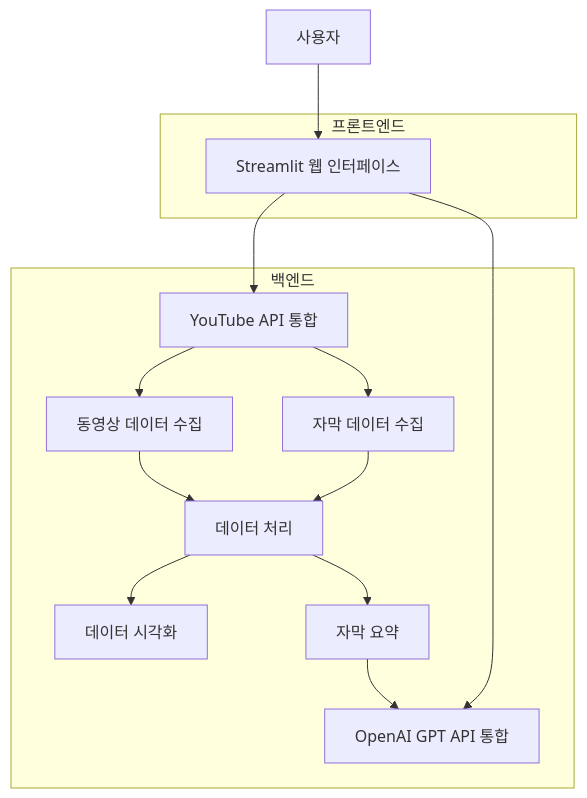
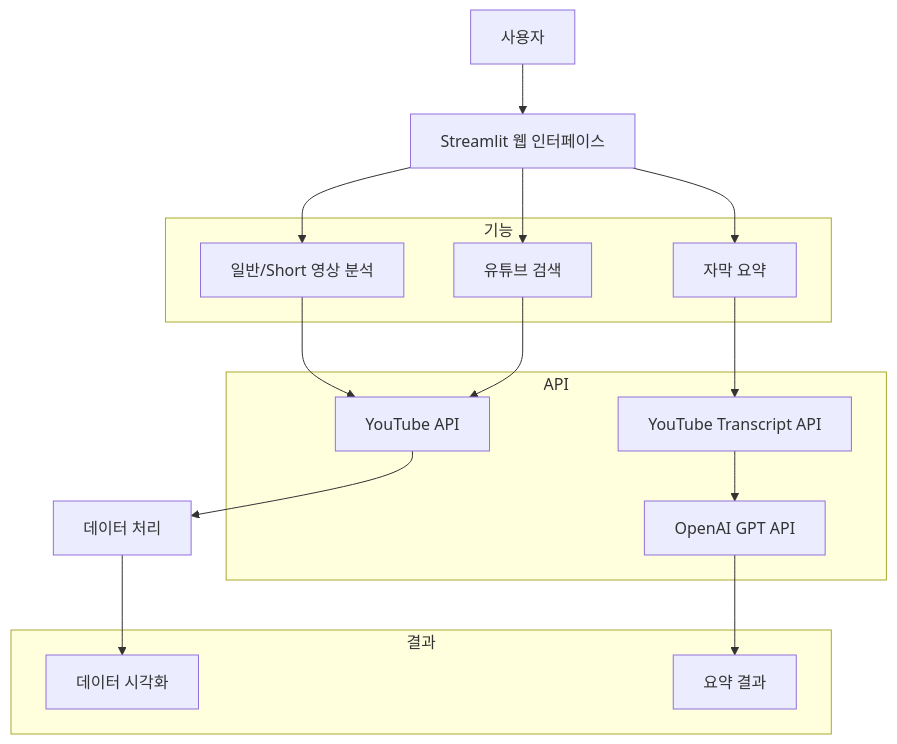
Before and after one commit to jumptop/YoutubeSummarizar: the diagram in README.md, drawn with Mermaid. The commit also changed other lines of this file, not shown here.

Commit message:
Read me fix

````diff
--- a/README.md
+++ b/README.md
@@ -69,31 +69,36 @@
 ```mermaid
 graph TD
     A[사용자] --> B[Streamlit 웹 인터페이스]
-    B --> C[YouTube API 통합]
-    B --> D[OpenAI GPT API 통합]
     
-    C --> E[동영상 데이터 수집]
-    C --> F[자막 데이터 수집]
+    B --> C1[일반/Short 영상 분석]
+    B --> C2[유튜브 검색]
+    B --> C3[자막 요약]
     
-    E --> G[데이터 처리]
-    F --> G
+    C1 --> D1[YouTube API]
+    C2 --> D1
     
-    G --> H[데이터 시각화]
-    G --> I[자막 요약]
+    C3 --> D2[YouTube Transcript API]
+    D2 --> D3[OpenAI GPT API]
     
-    I --> D
+    D1 --> E[데이터 처리]
+    E --> F[데이터 시각화]
     
-    subgraph 백엔드
-        C
-        D
-        E
+    D3 --> G[요약 결과]
+    
+    subgraph 기능
+        C1
+        C2
+        C3
+    end
+    
+    subgraph API
+        D1
+        D2
+        D3
+    end
+    
+    subgraph 결과
         F
         G
-        H
-        I
-    end
-    
-    subgraph 프론트엔드
-        B
     end
 ```
````
